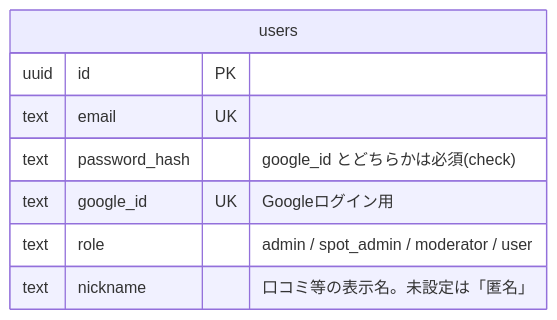
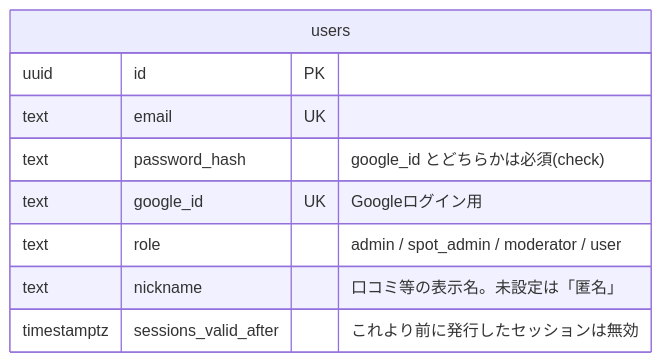
One commit to rtcode337/travel-log changed the third of 5 diagrams in docs/database.md. Above: the diagram before and after it, drawn with Mermaid. The commit also changed other lines of this file and 8 other files, not shown here.

````diff
--- a/docs/database.md
+++ b/docs/database.md
@@ -121,11 +121,12 @@
 ```mermaid
 erDiagram
     users {
         uuid id PK
         text email UK
         text password_hash "google_id とどちらかは必須(check)"
         text google_id UK "Googleログイン用"
         text role "admin / spot_admin / moderator / user"
         text nickname "口コミ等の表示名。未設定は「匿名」"
+        timestamptz sessions_valid_after "これより前に発行したセッションは無効"
     }
 ```
````
